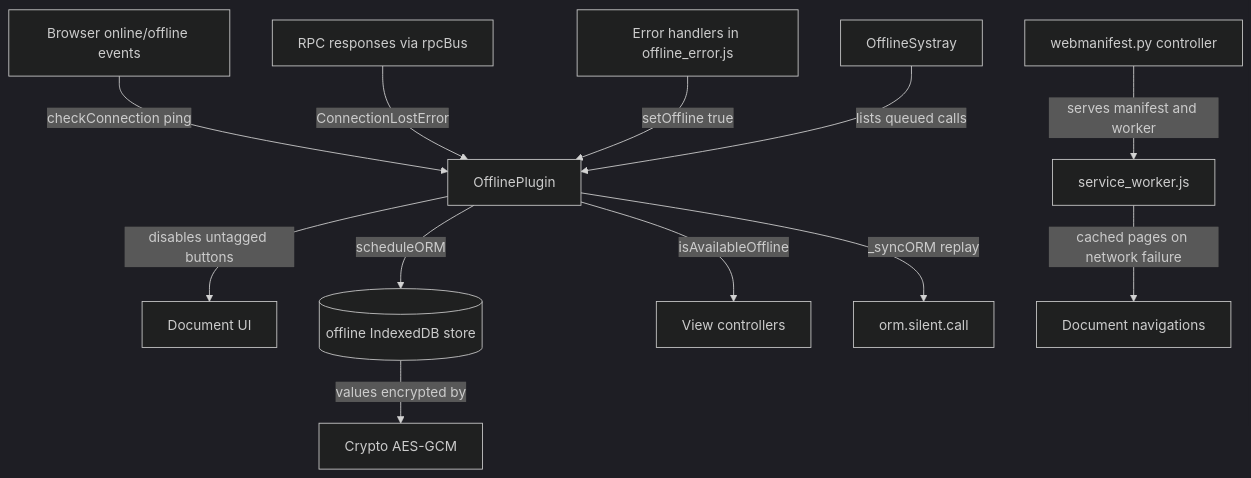
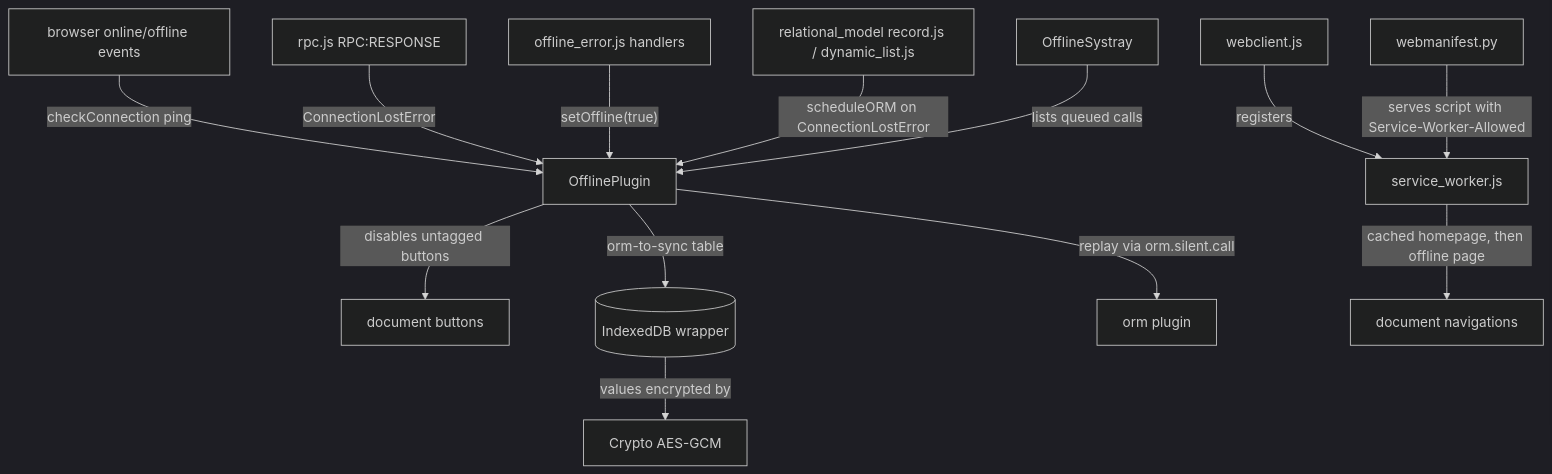
One commit to blitzy-public-samples/odoo changed the diagram in droid-wiki/features/offline-and-pwa/index.md. Above: the diagram before and after it, drawn with Mermaid (dark theme). The commit also changed other lines of this file and 78 other files, not shown here.

````diff
--- a/droid-wiki/features/offline-and-pwa/index.md
+++ b/droid-wiki/features/offline-and-pwa/index.md
@@ -79,14 +89,15 @@
 ```mermaid
 graph TD
-    BR["Browser online/offline events"] -->|checkConnection ping| OP["OfflinePlugin"]
-    RPC["RPC responses via rpcBus"] -->|ConnectionLostError| OP
-    EH["Error handlers in offline_error.js"] -->|setOffline true| OP
-    OP -->|disables untagged buttons| UI["Document UI"]
-    OP -->|scheduleORM| DB[("offline IndexedDB store")]
-    DB -->|values encrypted by| CR["Crypto AES-GCM"]
-    OP -->|isAvailableOffline| VIEWS["View controllers"]
-    OP -->|_syncORM replay| ORM["orm.silent.call"]
-    CTRL["webmanifest.py controller"] -->|serves manifest and worker| SW["service_worker.js"]
-    SW -->|cached pages on network failure| NAV["Document navigations"]
-    SYSTRAY["OfflineSystray"] -->|lists queued calls| OP
+    BR["browser online/offline events"] -->|"checkConnection ping"| OP["OfflinePlugin"]
+    RPCS["rpc.js RPC:RESPONSE"] -->|"ConnectionLostError"| OP
+    EH["offline_error.js handlers"] -->|"setOffline(true)"| OP
+    OP -->|"disables untagged buttons"| DOM["document buttons"]
+    RM["relational_model record.js / dynamic_list.js"] -->|"scheduleORM on ConnectionLostError"| OP
+    OP -->|"orm-to-sync table"| IDB[("IndexedDB wrapper")]
+    IDB -->|"values encrypted by"| CR["Crypto AES-GCM"]
+    OP -->|"replay via orm.silent.call"| ORM["orm plugin"]
+    SYST["OfflineSystray"] -->|"lists queued calls"| OP
+    WC["webclient.js"] -->|"registers"| SW["service_worker.js"]
+    CTRL["webmanifest.py"] -->|"serves script with Service-Worker-Allowed"| SW
+    SW -->|"cached homepage, then offline page"| NAV["document navigations"]
 ```
````
